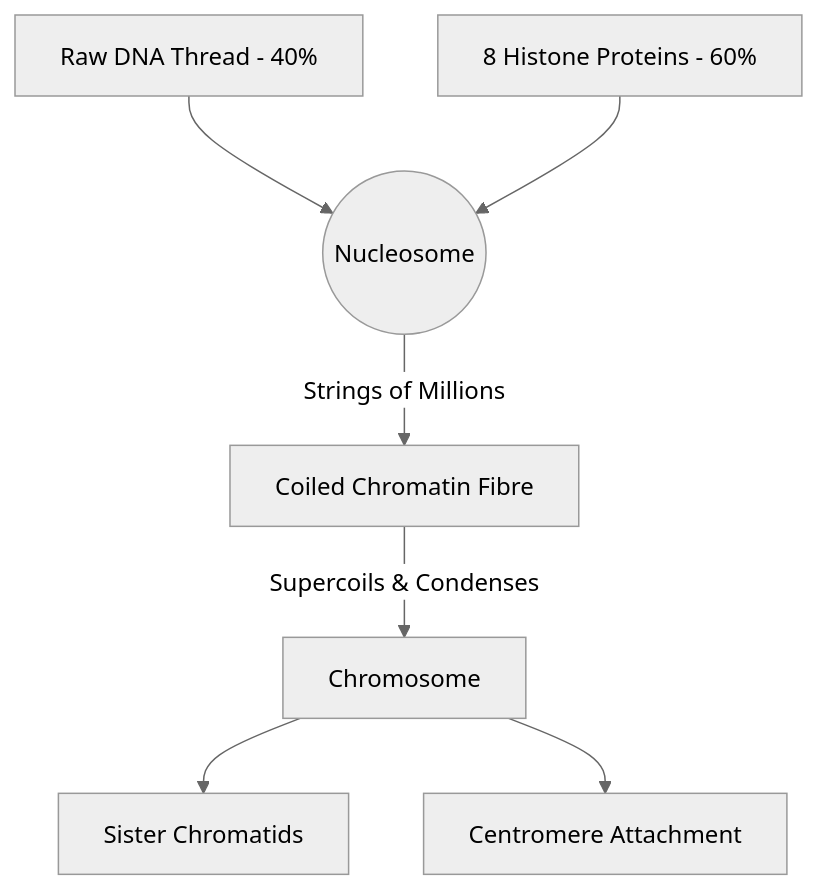
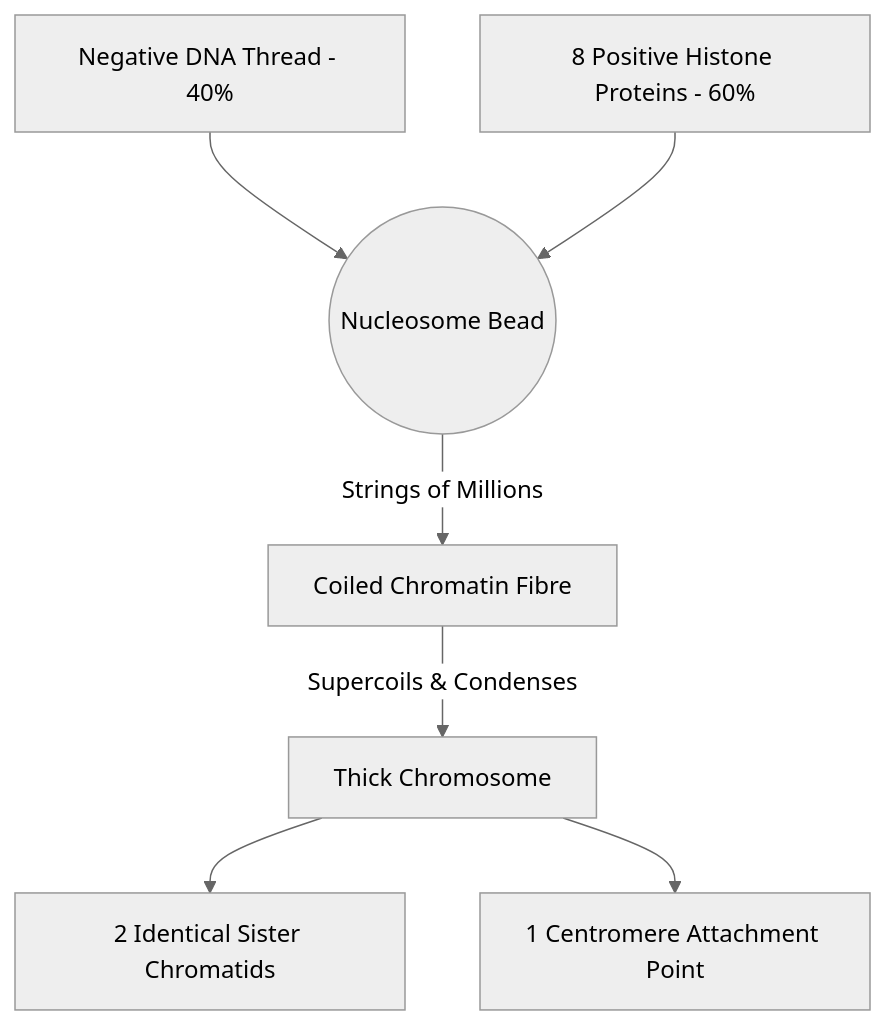
The diagram in Chapter_02_Tutorial/2.3_Structure_of_Chromosomes.md (naveengarla/icse-10th-biology), drawn with Mermaid (neutral theme) before and after one commit. The commit also changed other lines of this file and 7 other files, not shown here.

````diff
--- a/Chapter_02_Tutorial/2.3_Structure_of_Chromosomes.md
+++ b/Chapter_02_Tutorial/2.3_Structure_of_Chromosomes.md
@@ -25,9 +32,9 @@
 ```mermaid
 graph TD
-    A[Raw DNA Thread - 40%] --> C
-    B[8 Histone Proteins - 60%] --> C
-    C((Nucleosome)) -->|Strings of Millions| D[Coiled Chromatin Fibre]
-    D -->|Supercoils & Condenses| E[Chromosome]
-    E --> F[Sister Chromatids]
-    E --> G[Centromere Attachment]
+    A[Negative DNA Thread - 40%] --> C
+    B[8 Positive Histone Proteins - 60%] --> C
+    C((Nucleosome Bead)) -->|Strings of Millions| D[Coiled Chromatin Fibre]
+    D -->|Supercoils & Condenses| E[Thick Chromosome]
+    E --> F[2 Identical Sister Chromatids]
+    E --> G[1 Centromere Attachment Point]
 ```
````
